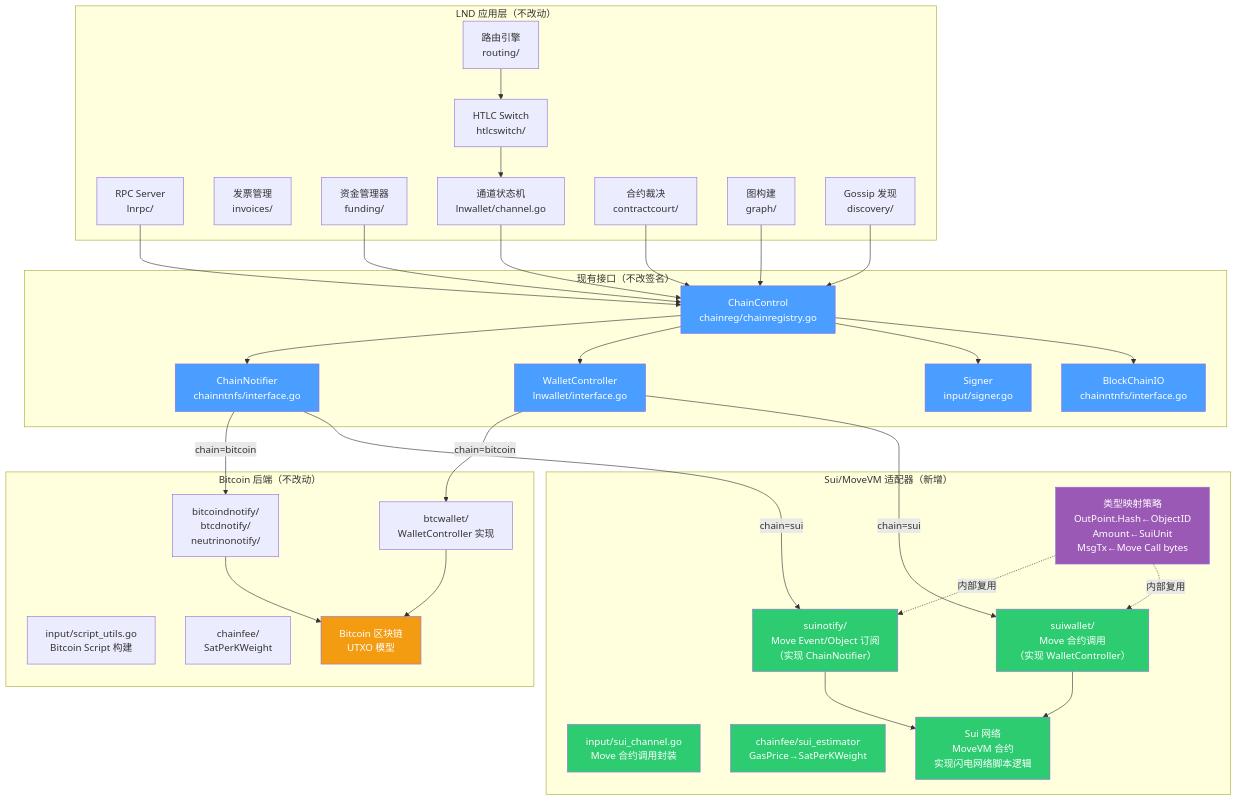
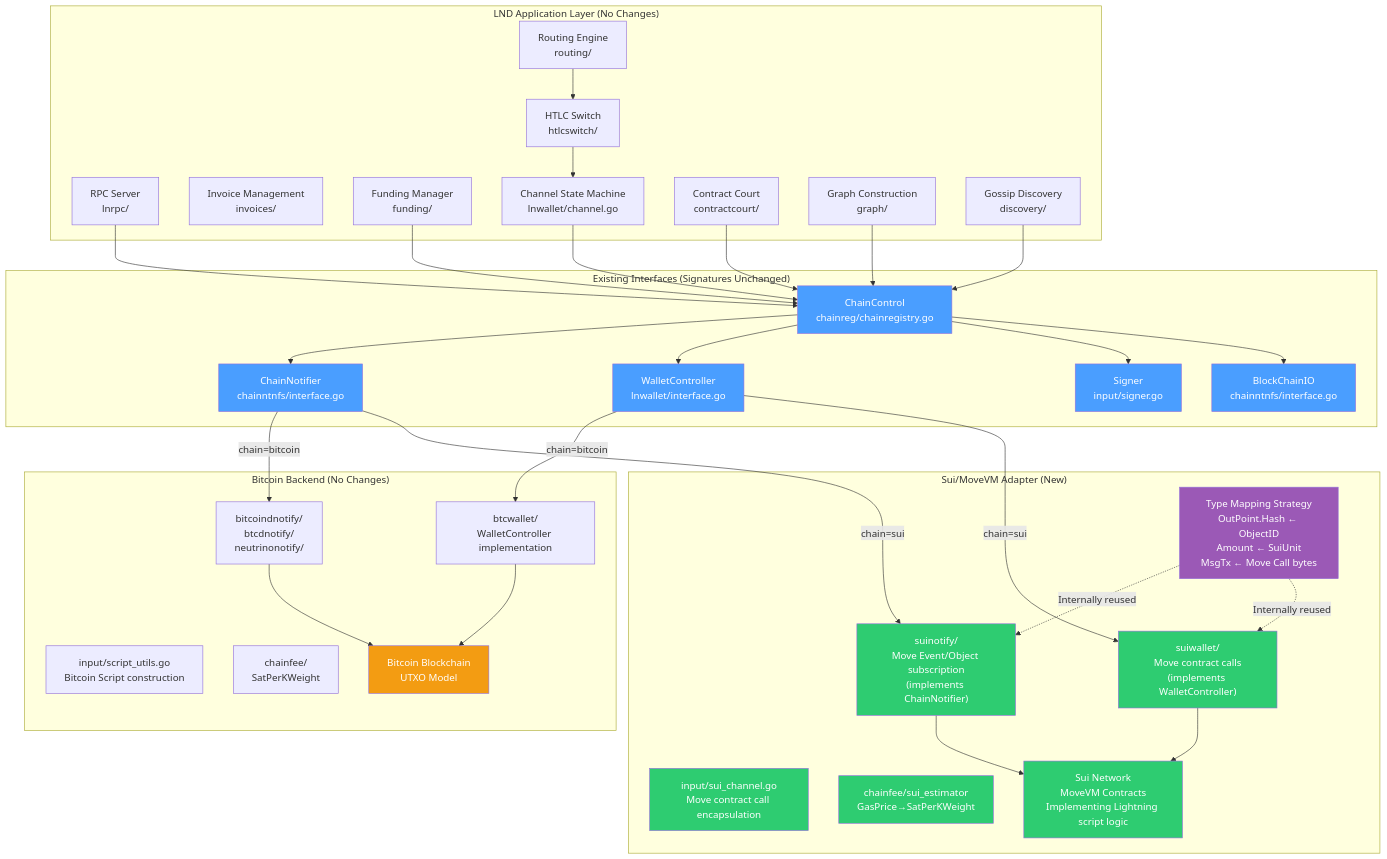
Before and after one commit to loka-network/loka-p2p-lnd: the first of 9 diagrams in 1-refactor-docs/sui/lnd-and-sui-integration.md, drawn with Mermaid. The commit also changed other lines of this file and 12 other files, not shown here.

````diff
--- a/1-refactor-docs/sui/lnd-and-sui-integration.md
+++ b/1-refactor-docs/sui/lnd-and-sui-integration.md
@@ -34,81 +34,81 @@
 ```mermaid
 graph TB
-    subgraph "LND 应用层（不改动）"
+    subgraph "LND Application Layer (No Changes)"
         RPC["RPC Server<br/>lnrpc/"]
-        Router["路由引擎<br/>routing/"]
+        Router["Routing Engine<br/>routing/"]
         Switch["HTLC Switch<br/>htlcswitch/"]
-        Invoice["发票管理<br/>invoices/"]
-        Funding["资金管理器<br/>funding/"]
-        ChanSM["通道状态机<br/>lnwallet/channel.go"]
-        ContractCourt["合约裁决<br/>contractcourt/"]
-        Graph["图构建<br/>graph/"]
-        Discovery["Gossip 发现<br/>discovery/"]
+        Invoice["Invoice Management<br/>invoices/"]
+        Funding["Funding Manager<br/>funding/"]
+        ChanSM["Channel State Machine<br/>lnwallet/channel.go"]
+        ContractCourt["Contract Court<br/>contractcourt/"]
+        Graph["Graph Construction<br/>graph/"]
+        Discovery["Gossip Discovery<br/>discovery/"]
     end
 
-    subgraph "现有接口（不改签名）"
+    subgraph "Existing Interfaces (Signatures Unchanged)"
         IF_Notify["ChainNotifier<br/>chainntnfs/interface.go"]
         IF_Wallet["WalletController<br/>lnwallet/interface.go"]
         IF_Signer["Signer<br/>input/signer.go"]
         IF_IO["BlockChainIO<br/>chainntnfs/interface.go"]
         CC["ChainControl<br/>chainreg/chainregistry.go"]
     end
 
-    subgraph "Bitcoin 后端（不改动）"
+    subgraph "Bitcoin Backend (No Changes)"
         BTC_Notify["bitcoindnotify/<br/>btcdnotify/<br/>neutrinonotify/"]
-        BTC_Wallet["btcwallet/<br/>WalletController 实现"]
-        BTC_Script["input/script_utils.go<br/>Bitcoin Script 构建"]
+        BTC_Wallet["btcwallet/<br/>WalletController implementation"]
+        BTC_Script["input/script_utils.go<br/>Bitcoin Script construction"]
         BTC_Fee["chainfee/<br/>SatPerKWeight"]
-        BTC_Chain["Bitcoin 区块链<br/>UTXO 模型"]
+        BTC_Chain["Bitcoin Blockchain<br/>UTXO Model"]
     end
 
-    subgraph "Sui/MoveVM 适配器（新增）"
-        SUI_Notify["suinotify/<br/>Move Event/Object 订阅<br/>（实现 ChainNotifier）"]
-        SUI_Wallet["suiwallet/<br/>Move 合约调用<br/>（实现 WalletController）"]
-        SUI_Program["input/sui_channel.go<br/>Move 合约调用封装"]
+    subgraph "Sui/MoveVM Adapter (New)"
+        SUI_Notify["suinotify/<br/>Move Event/Object subscription<br/>(implements ChainNotifier)"]
+        SUI_Wallet["suiwallet/<br/>Move contract calls<br/>(implements WalletController)"]
+        SUI_Program["input/sui_channel.go<br/>Move contract call encapsulation"]
         SUI_Fee["chainfee/sui_estimator<br/>GasPrice→SatPerKWeight"]
-        SUI_Chain["Sui 网络<br/>MoveVM 合约<br/>实现闪电网络脚本逻辑"]
-        SUI_Adapt["类型映射策略<br/>OutPoint.Hash←ObjectID<br/>Amount←SuiUnit<br/>MsgTx←Move Call bytes"]
+        SUI_Chain["Sui Network<br/>MoveVM Contracts<br/>Implementing Lightning script logic"]
+        SUI_Adapt["Type Mapping Strategy<br/>OutPoint.Hash ← ObjectID<br/>Amount ← SuiUnit<br/>MsgTx ← Move Call bytes"]
     end
 
     RPC --> CC
     Router --> Switch
     Switch --> ChanSM
     Funding --> CC
     ChanSM --> CC
     ContractCourt --> CC
     Graph --> CC
     Discovery --> CC
 
     CC --> IF_Notify & IF_Wallet & IF_Signer & IF_IO
 
     IF_Notify -->|"chain=bitcoin"| BTC_Notify
     IF_Wallet -->|"chain=bitcoin"| BTC_Wallet
     IF_Notify -->|"chain=sui"| SUI_Notify
     IF_Wallet -->|"chain=sui"| SUI_Wallet
 
     BTC_Notify --> BTC_Chain
     BTC_Wallet --> BTC_Chain
     SUI_Notify --> SUI_Chain
     SUI_Wallet --> SUI_Chain
 
-    SUI_Adapt -.->|"内部复用"| SUI_Notify
-    SUI_Adapt -.->|"内部复用"| SUI_Wallet
+    SUI_Adapt -.->|"Internally reused"| SUI_Notify
+    SUI_Adapt -.->|"Internally reused"| SUI_Wallet
     IF_Wallet --- SUI_Adapt
 
 
     style IF_Notify fill:#4a9eff,color:#fff
     style IF_Wallet fill:#4a9eff,color:#fff
     style IF_Signer fill:#4a9eff,color:#fff
     style IF_IO fill:#4a9eff,color:#fff
     style CC fill:#4a9eff,color:#fff
     style SUI_Notify fill:#2ecc71,color:#fff
     style SUI_Wallet fill:#2ecc71,color:#fff
     style SUI_Program fill:#2ecc71,color:#fff
     style SUI_Fee fill:#2ecc71,color:#fff
     style SUI_Chain fill:#2ecc71,color:#fff
     style SUI_Adapt fill:#9b59b6,color:#fff
     style BTC_Chain fill:#f39c12,color:#fff
 
-    %% 隐藏最后两条边（强制布局边）
+    %% Hide last two edges (forced layout edges)
     linkStyle 22 stroke-width:0, stroke:transparent;
 ```
````
